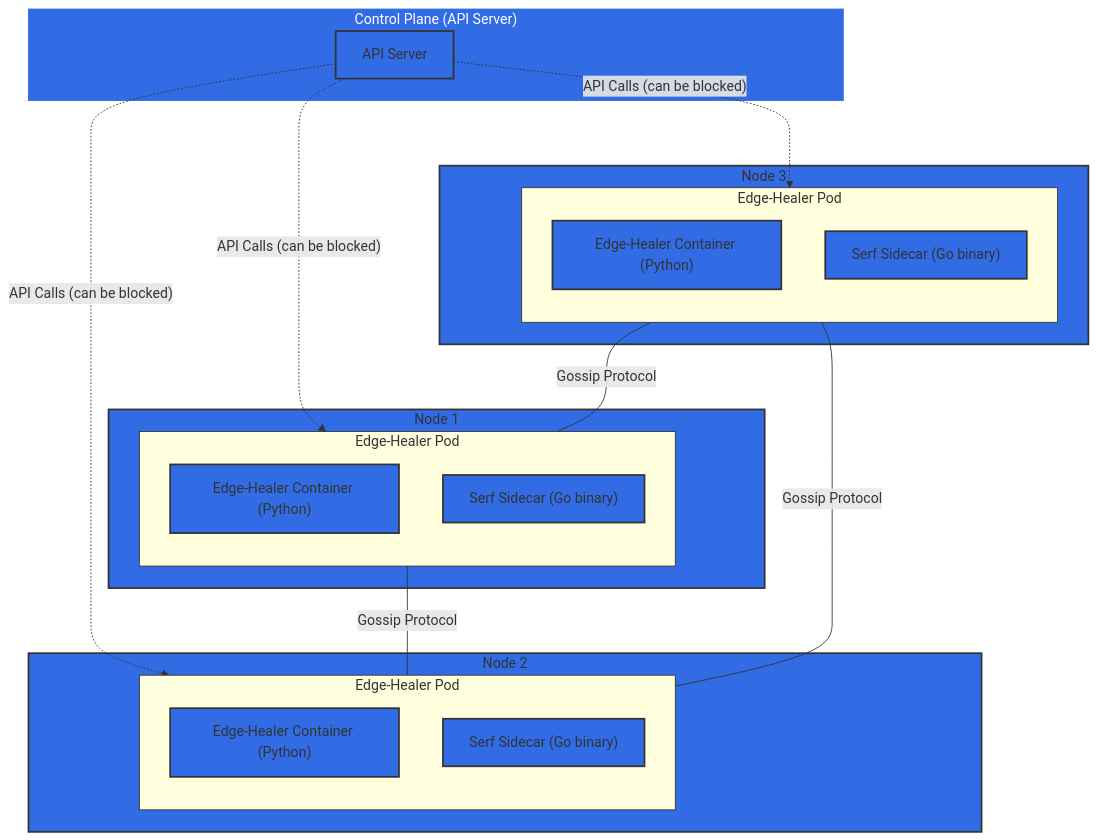
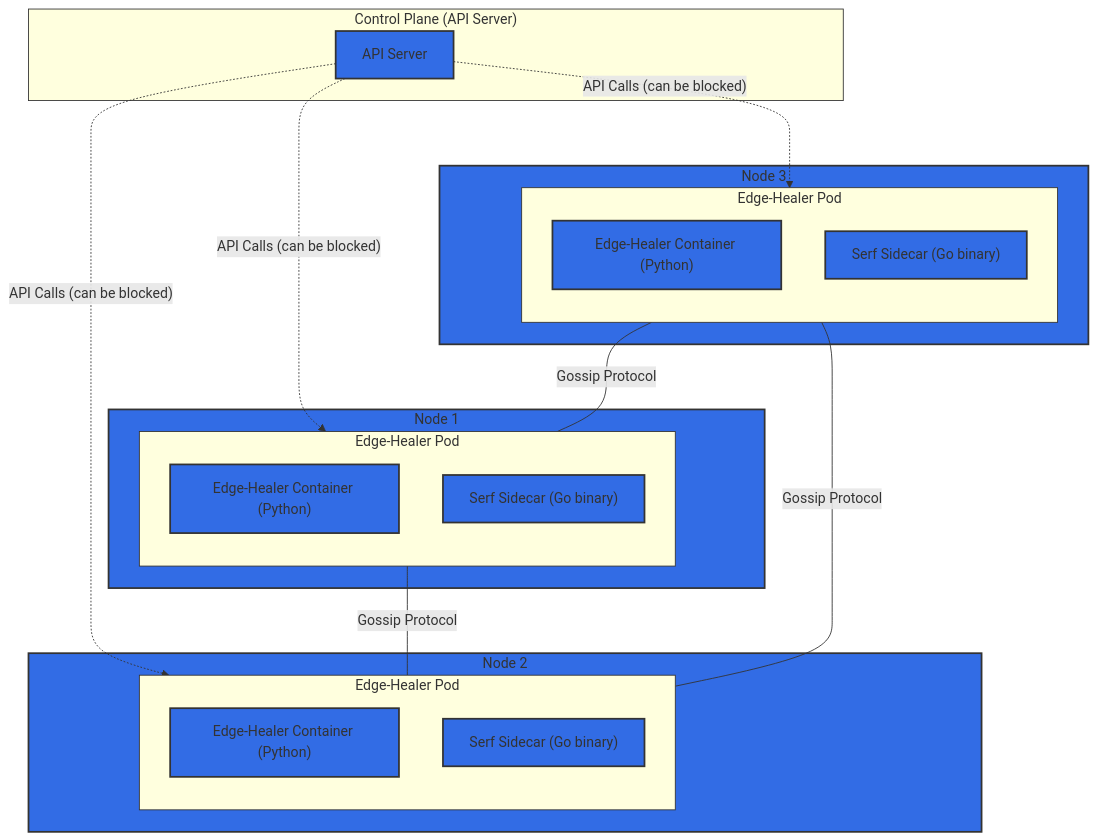
The first of 2 diagrams in README.md (dlamagna/kubernetes-edge-healer), drawn with Mermaid before and after one commit.

Commit message:
formatting

````diff
--- a/README.md
+++ b/README.md
@@ -22,49 +22,48 @@
 ```mermaid
 flowchart TB
     subgraph Control_Plane["Control Plane (API Server)"]
-        style Control_Plane fill:#326ce5,stroke:#326ce5,color:#fff
         CP["API Server"]
     end
 
     subgraph Node1["Node 1"]
         subgraph Pod1["Edge-Healer Pod"]
             direction TB
             C1["Edge-Healer Container (Python)"]
             S1["Serf Sidecar (Go binary)"]
         end
     end
 
     subgraph Node2["Node 2"]
         subgraph Pod2["Edge-Healer Pod"]
             direction TB
             C2["Edge-Healer Container (Python)"]
             S2["Serf Sidecar (Go binary)"]
         end
     end
 
     subgraph Node3["Node 3"]
         subgraph Pod3["Edge-Healer Pod"]
             direction TB
             C3["Edge-Healer Container (Python)"]
             S3["Serf Sidecar (Go binary)"]
         end
     end
 
     %% Control Plane connections (dashed to show it can be cut off)
     CP -.->|"API Calls (can be blocked)"| Pod1
     CP -.->|"API Calls (can be blocked)"| Pod2
     CP -.->|"API Calls (can be blocked)"| Pod3
 
     %% Serf gossip network (solid lines to show it's always active)
     S1 ---|"Gossip Protocol"| S2
     S2 ---|"Gossip Protocol"| S3
     S3 ---|"Gossip Protocol"| S1
 
     %% Layout hints
     classDef node fill:#326ce5,stroke:#333,stroke-width:2px
     classDef pod stroke:#333,stroke-width:1px
     classDef control stroke:#333
     class Node1,Node2,Node3 node
     class Pod1,Pod2,Pod3 pod
     class Control_Plane control
 ```
````
